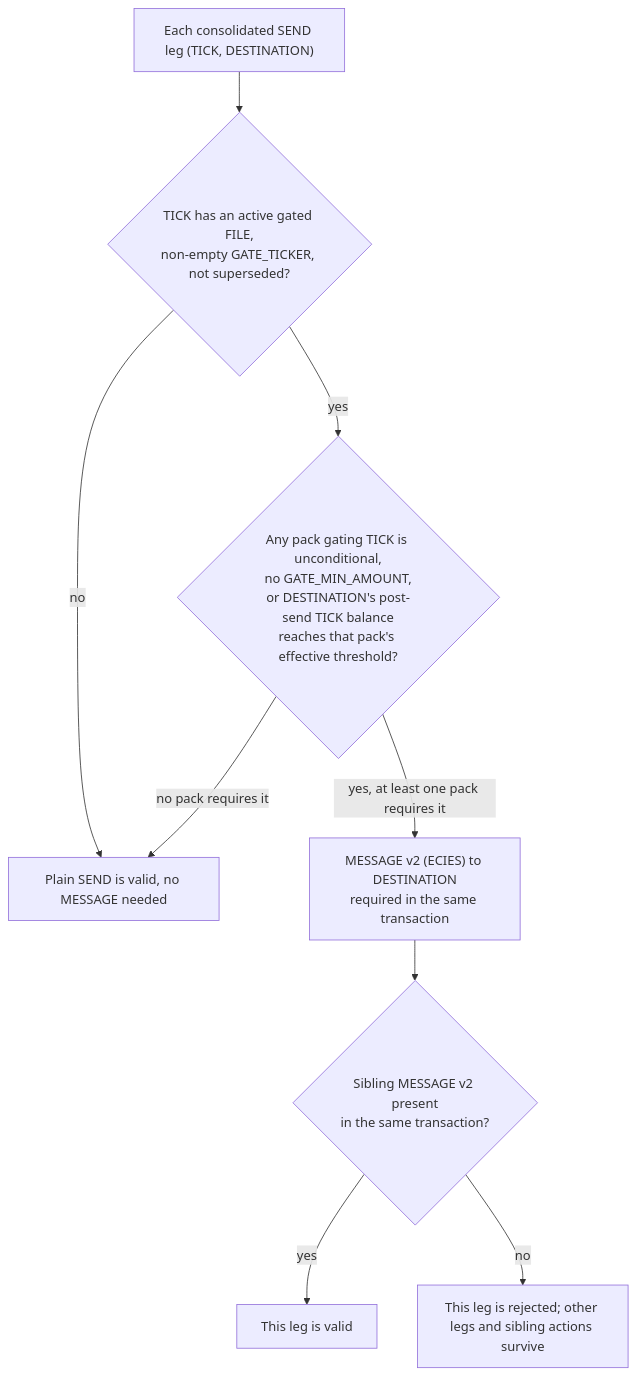
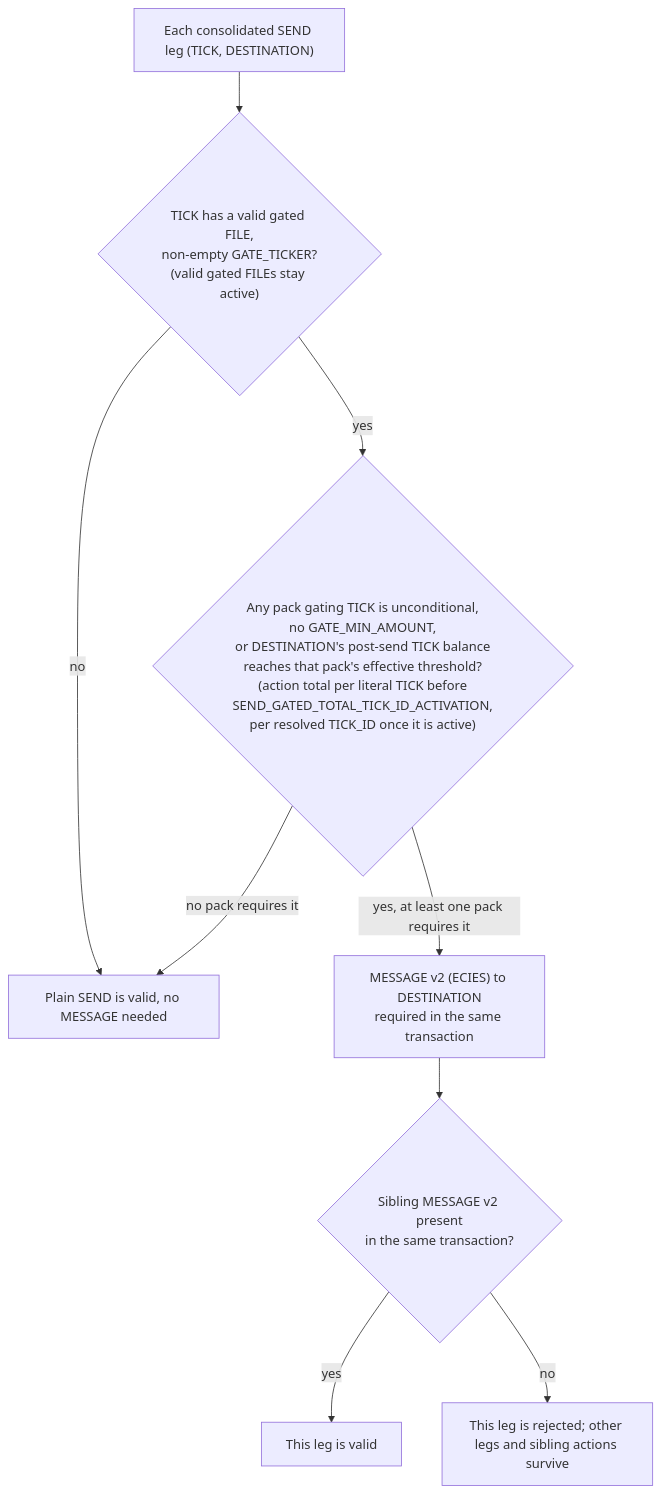
One commit to XChain-Platform/xchain-documentation changed the diagram in protocol/actions/send.md. Above: the diagram before and after it, drawn with Mermaid. The commit also changed other lines of this file and 101 other files, not shown here.

````diff
--- a/protocol/actions/send.md
+++ b/protocol/actions/send.md
@@ -66,11 +70,11 @@
 ```mermaid
 flowchart TD
-    Start["Each consolidated SEND leg (TICK, DESTINATION)"] --> Gated{"TICK has an active gated FILE,<br>non-empty GATE_TICKER, not superseded?"}
+    Start["Each consolidated SEND leg (TICK, DESTINATION)"] --> Gated{"TICK has a valid gated FILE,<br>non-empty GATE_TICKER?<br>(valid gated FILEs stay active)"}
     Gated -->|"no"| PlainOK["Plain SEND is valid, no MESSAGE needed"]
-    Gated -->|"yes"| Threshold{"Any pack gating TICK is unconditional,<br>no GATE_MIN_AMOUNT,<br>or DESTINATION's post-send TICK balance<br>reaches that pack's effective threshold?"}
+    Gated -->|"yes"| Threshold{"Any pack gating TICK is unconditional,<br>no GATE_MIN_AMOUNT,<br>or DESTINATION's post-send TICK balance<br>reaches that pack's effective threshold?<br>(action total per literal TICK before<br>SEND_GATED_TOTAL_TICK_ID_ACTIVATION,<br>per resolved TICK_ID once it is active)"}
     Threshold -->|"no pack requires it"| PlainOK
     Threshold -->|"yes, at least one pack requires it"| NeedMsg["MESSAGE v2 (ECIES) to DESTINATION<br>required in the same transaction"]
     NeedMsg --> Present{"Sibling MESSAGE v2 present<br>in the same transaction?"}
     Present -->|"yes"| Valid["This leg is valid"]
     Present -->|"no"| Rejected["This leg is rejected; other legs and sibling actions survive"]
 ```
````
